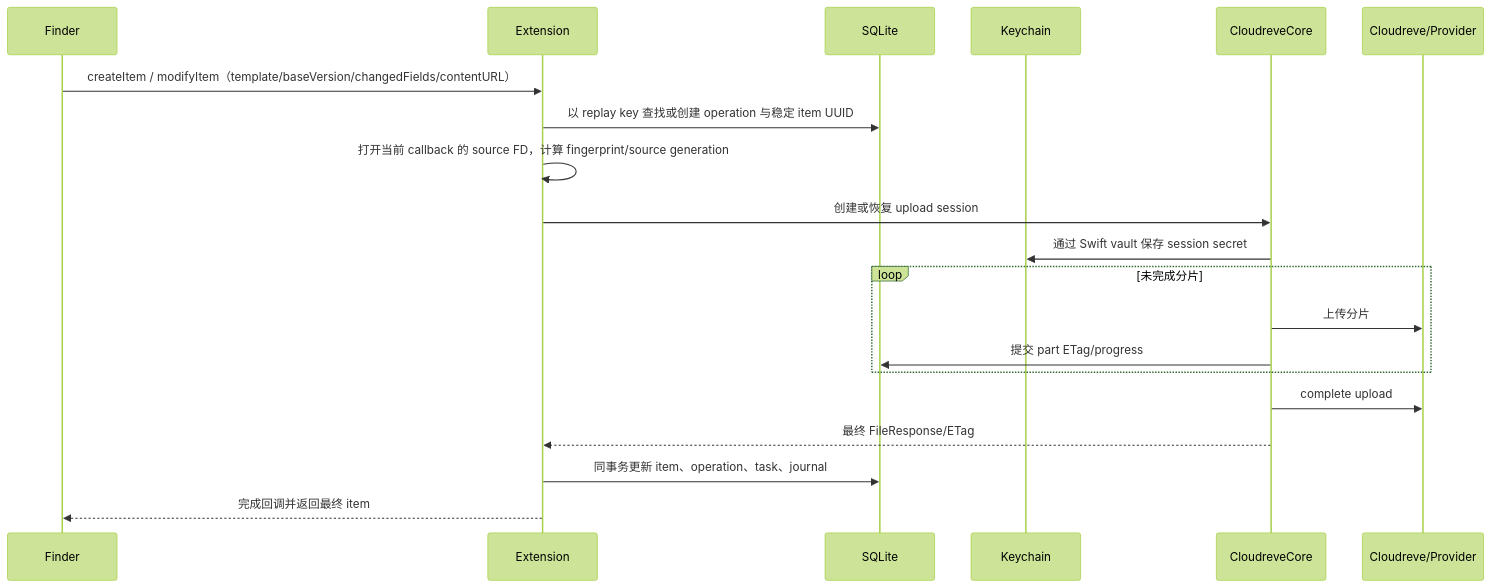
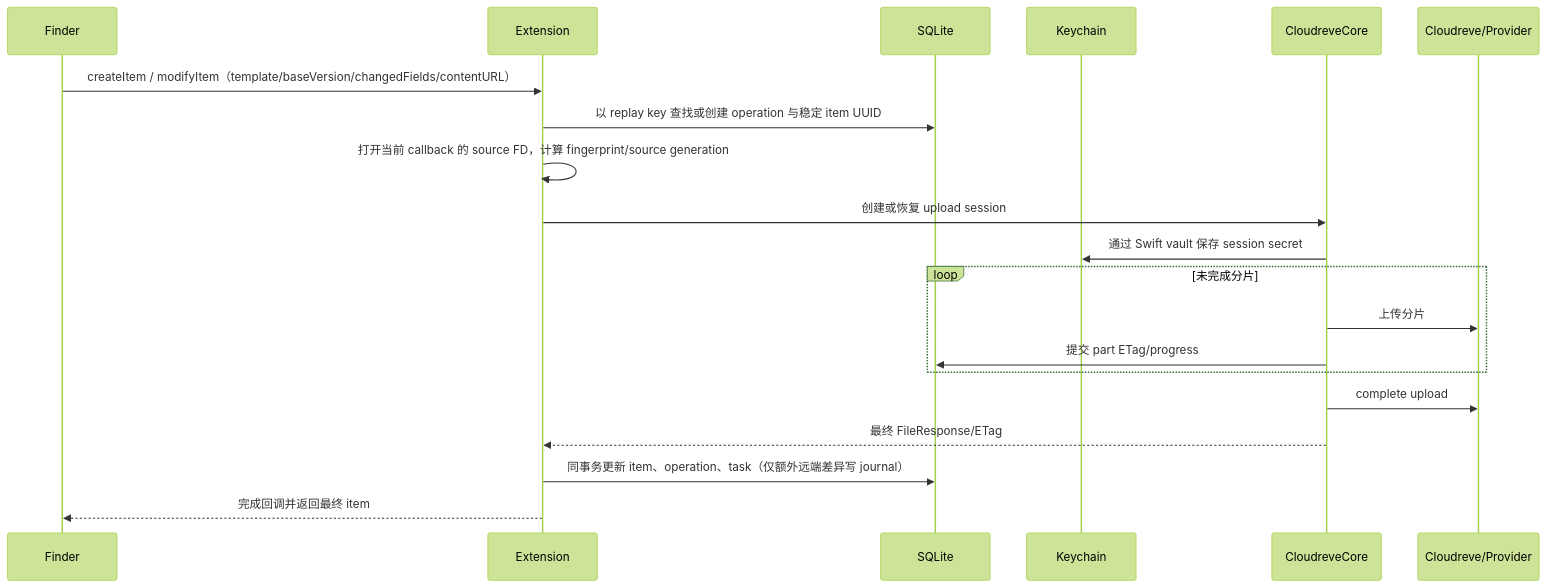
Before and after one commit to tiylabs/nimbussync: the fourth of 5 diagrams in docs/02-macos-technical-architecture.md, drawn with Mermaid (forest theme). The commit also changed other lines of this file and 1 other file, not shown here.

Commit message:
docs: 📝 Refine macOS product and architecture baselines

````diff
--- a/docs/02-macos-technical-architecture.md
+++ b/docs/02-macos-technical-architecture.md
@@ -626,23 +664,23 @@
 ```mermaid
 sequenceDiagram
     participant F as Finder
     participant E as Extension
     participant D as SQLite
     participant K as Keychain
     participant C as CloudreveCore
     participant S as Cloudreve/Provider
 
     F->>E: createItem / modifyItem（template/baseVersion/changedFields/contentURL）
     E->>D: 以 replay key 查找或创建 operation 与稳定 item UUID
     E->>E: 打开当前 callback 的 source FD，计算 fingerprint/source generation
     E->>C: 创建或恢复 upload session
     C->>K: 通过 Swift vault 保存 session secret
     loop 未完成分片
         C->>S: 上传分片
         C->>D: 提交 part ETag/progress
     end
     C->>S: complete upload
     C-->>E: 最终 FileResponse/ETag
-    E->>D: 同事务更新 item、operation、task、journal
+    E->>D: 同事务更新 item、operation、task（仅额外远端差异写 journal）
     E-->>F: 完成回调并返回最终 item
 ```
````
